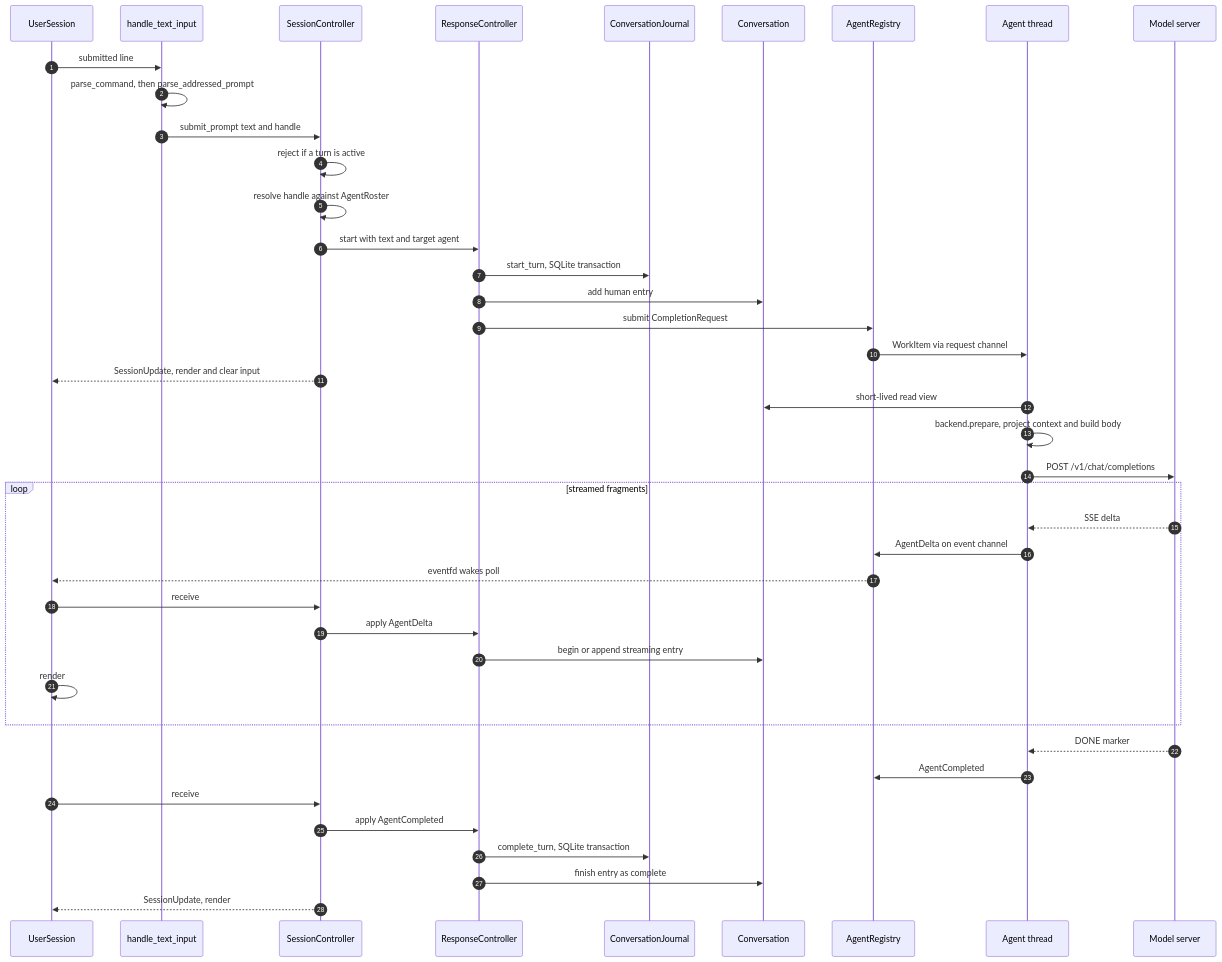
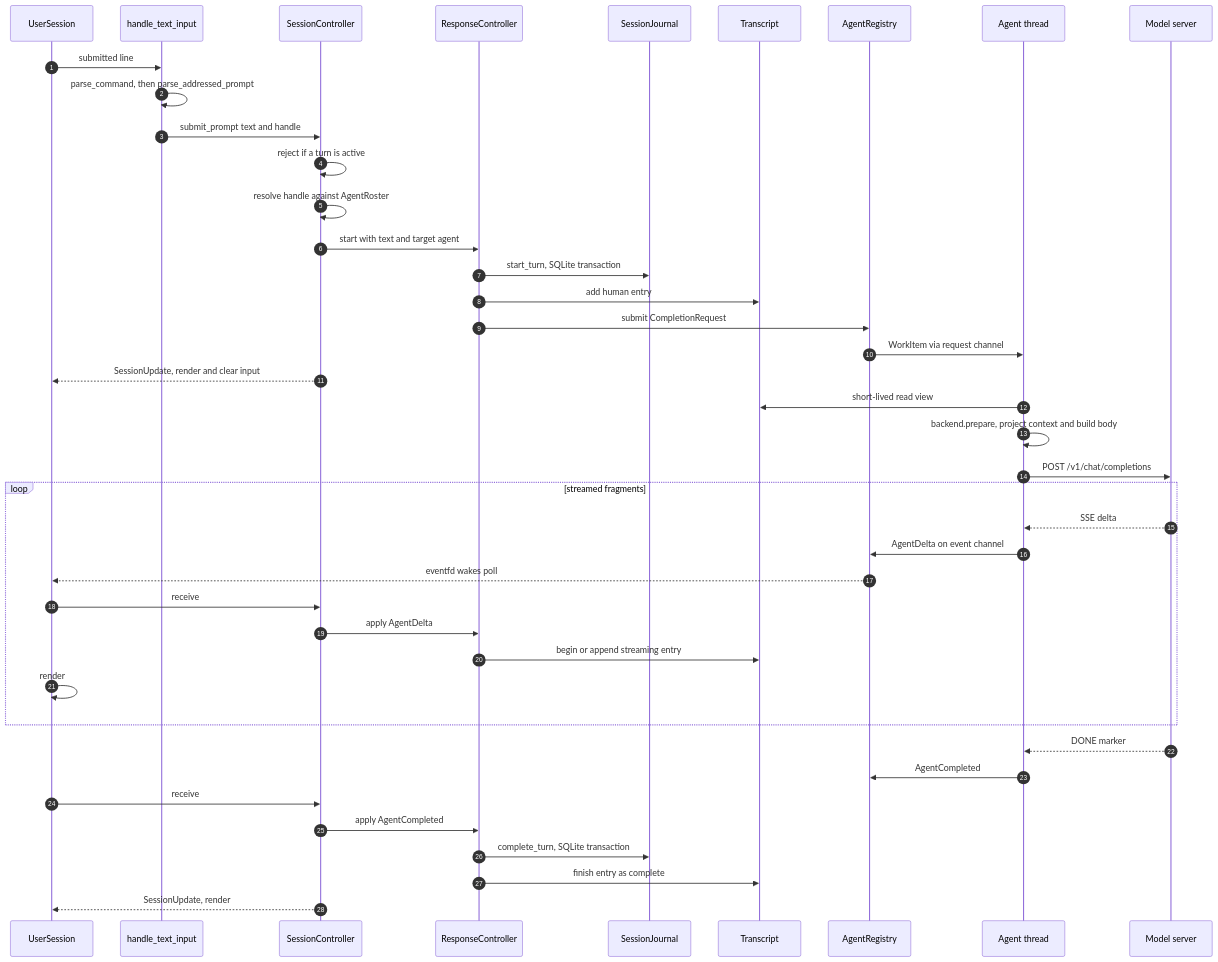
Before and after one commit to michaelpopov/cha: the third of 4 diagrams in src/README.md, drawn with Mermaid. The commit also changed other lines of this file and 48 other files, not shown here.

````diff
--- a/src/README.md
+++ b/src/README.md
@@ -190,45 +198,45 @@
 ```mermaid
 sequenceDiagram
     autonumber
     participant U as UserSession
     participant T as handle_text_input
     participant C as SessionController
     participant R as ResponseController
-    participant J as ConversationJournal
-    participant V as Conversation
+    participant J as SessionJournal
+    participant V as Transcript
     participant G as AgentRegistry
     participant W as Agent thread
     participant P as Model server
 
     U->>T: submitted line
     T->>T: parse_command, then parse_addressed_prompt
     T->>C: submit_prompt text and handle
     C->>C: reject if a turn is active
     C->>C: resolve handle against AgentRoster
     C->>R: start with text and target agent
     R->>J: start_turn, SQLite transaction
     R->>V: add human entry
     R->>G: submit CompletionRequest
     G->>W: WorkItem via request channel
     C-->>U: SessionUpdate, render and clear input
 
     W->>V: short-lived read view
     W->>W: backend.prepare, project context and build body
     W->>P: POST /v1/chat/completions
     loop streamed fragments
         P-->>W: SSE delta
         W->>G: AgentDelta on event channel
         G-->>U: eventfd wakes poll
         U->>C: receive
         C->>R: apply AgentDelta
         R->>V: begin or append streaming entry
         U->>U: render
     end
     P-->>W: DONE marker
     W->>G: AgentCompleted
     U->>C: receive
     C->>R: apply AgentCompleted
     R->>J: complete_turn, SQLite transaction
     R->>V: finish entry as complete
     C-->>U: SessionUpdate, render
 ```
````
